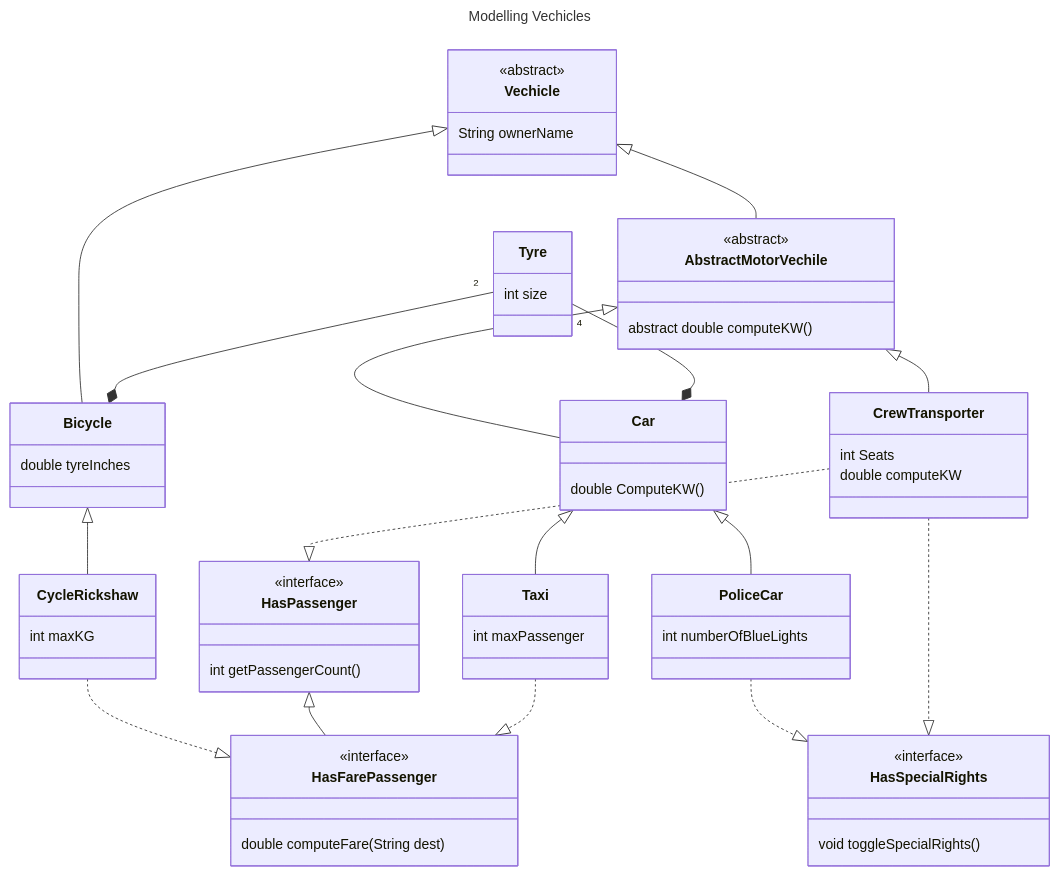
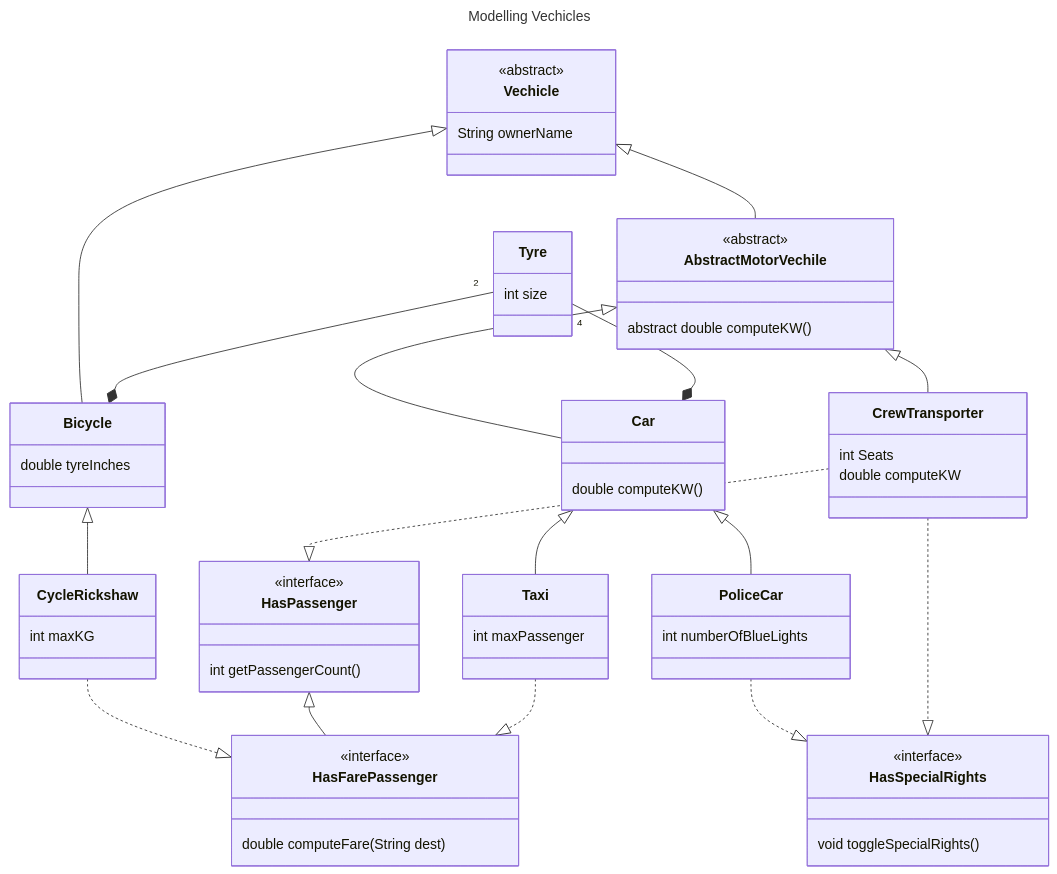
The diagram in src/Day11/pij/day11/vehicles/mermaid/code.mmd (Birkbeck/pij-2025-26-repo-code), drawn with Mermaid before and after one commit.

Commit message:
minor corrction
Renamed method ComputeKW to computeKW for consistency.

```diff
--- a/src/Day11/pij/day11/vehicles/mermaid/code.mmd
+++ b/src/Day11/pij/day11/vehicles/mermaid/code.mmd
@@ -1,86 +1,86 @@
 ---
 title: Modelling Vechicles
 ---
 classDiagram 
 
 
 class Vechicle{
     String ownerName
 }
 <<abstract>> Vechicle
 Vechicle <|-- Bicycle
 Vechicle <|-- AbstractMotorVechile
 
 
 class AbstractMotorVechile {
     abstract double computeKW()
 }
 <<abstract>> AbstractMotorVechile
 AbstractMotorVechile <|-- Car
 AbstractMotorVechile <|-- CrewTransporter
 
 
 class Bicycle{
     double tyreInches
 }
 
 
 Bicycle <|-- CycleRickshaw
 
 
 class CycleRickshaw {
     int maxKG
 }
 CycleRickshaw ..|> HasFarePassenger
 
 
 class HasPassenger{
     int getPassengerCount()
 }
 <<interface>> HasPassenger
 HasPassenger <|-- HasFarePassenger
 
 class HasFarePassenger{
     double computeFare(String dest)
 }
 <<interface>> HasFarePassenger
 
 
 class Car{
-    double ComputeKW()
+    double computeKW()
 }
 
 
 class Taxi{
     int maxPassenger
 }
 Car <|-- Taxi
 Taxi ..|> HasFarePassenger
 
 
 class PoliceCar{
     int numberOfBlueLights
 }
 Car <|-- PoliceCar
 PoliceCar ..|> HasSpecialRights
 
 
 class CrewTransporter{
     int Seats 
     double computeKW
 }
 CrewTransporter ..|> HasSpecialRights
 CrewTransporter ..|> HasPassenger
 
 
 class HasSpecialRights{
     void toggleSpecialRights()
 }
 <<interface>> HasSpecialRights
 
 
 class Tyre{
     int size
 }
 Tyre "4"--* Car
 Tyre "2"--* Bicycle
```
